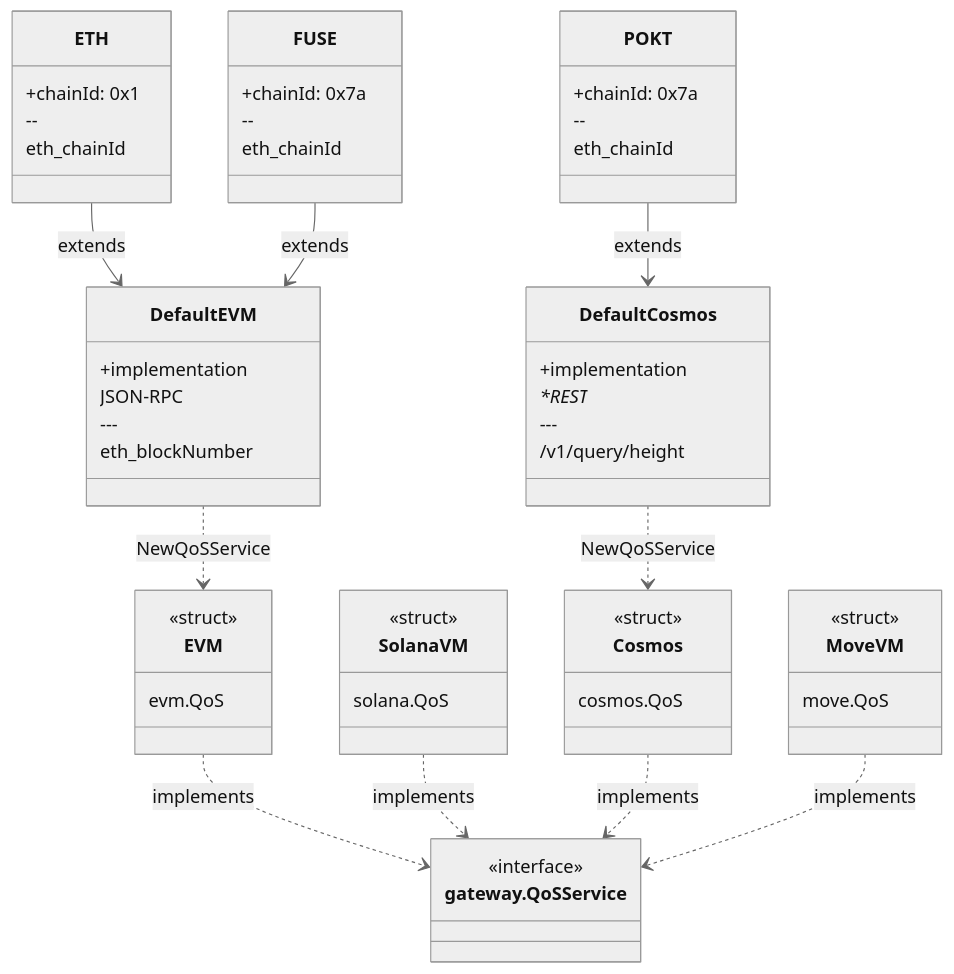
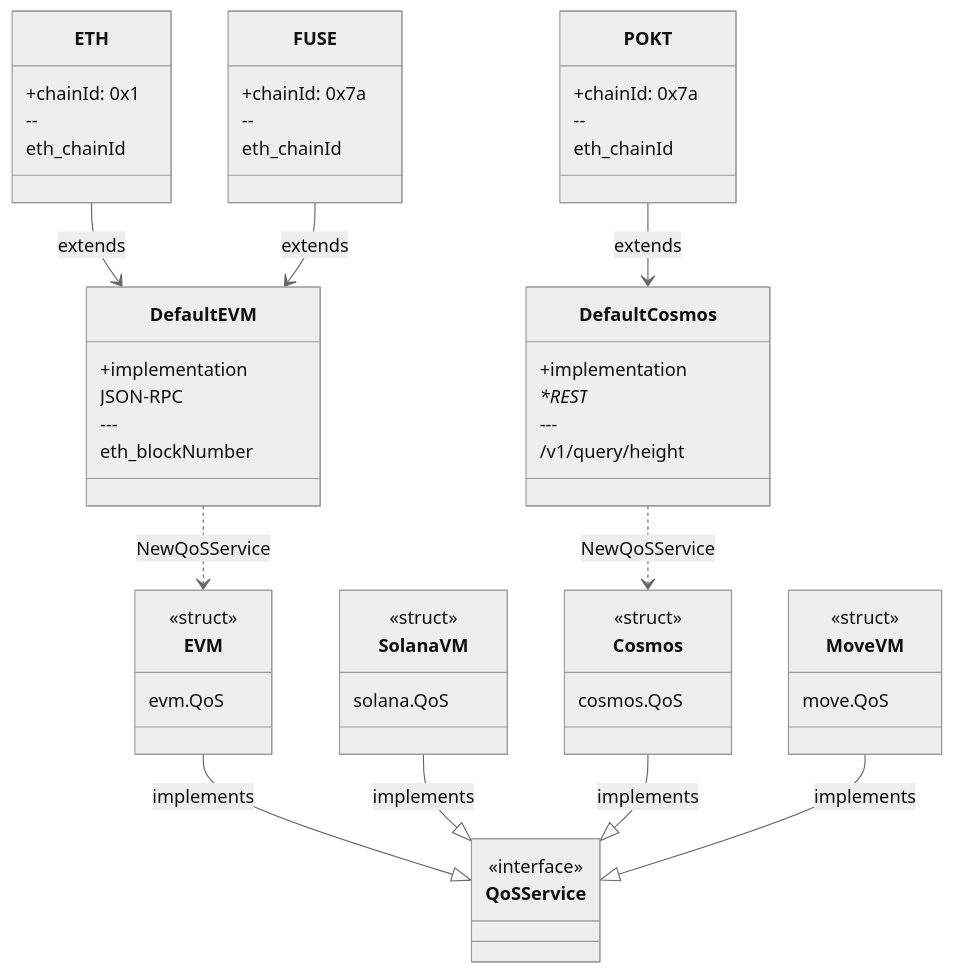
The diagram in docusaurus/docs/develop/path/qos.md (buildwithgrove/path), drawn with Mermaid (neutral theme) before and after one commit. The commit also changed 27 other files, not shown here.

````diff
--- a/docusaurus/docs/develop/path/qos.md
+++ b/docusaurus/docs/develop/path/qos.md
@@ -22,65 +22,64 @@
 ```mermaid
 classDiagram
-    class gateway.QoSService {
+    class QoSService {
         <<interface>>
     }
     class EVM {
         <<struct>>
         evm.QoS
     }
     class SolanaVM {
         <<struct>>
         solana.QoS
     }
     class Cosmos {
         <<struct>>
         cosmos.QoS
     }
     class MoveVM {
         <<struct>>
         move.QoS
     }
     class DefaultEVM {
         +implementation
         JSON-RPC
         ---
         eth_blockNumber
     }
     class DefaultCosmos {
         +implementation
         **REST**
         ---
         /v1/query/height
 
     }
     class ETH {
         +chainId: 0x1
         --
         eth_chainId
     }
     class FUSE {
         +chainId: 0x7a
         --
         eth_chainId
     }
 
     class POKT {
         +chainId: 0x7a
         --
         eth_chainId
     }
 
-
-    EVM ..> gateway.QoSService : implements
-    SolanaVM ..> gateway.QoSService : implements
-    Cosmos ..> gateway.QoSService : implements
-    MoveVM ..> gateway.QoSService : implements
+    EVM --|> QoSService : implements
+    SolanaVM --|> QoSService : implements
+    Cosmos --|> QoSService : implements
+    MoveVM --|> QoSService : implements
 
     DefaultEVM ..> EVM : NewQoSService
     DefaultCosmos ..> Cosmos : NewQoSService
 
     ETH --> DefaultEVM : extends
     FUSE --> DefaultEVM : extends
 
     POKT --> DefaultCosmos: extends
 ```
````
